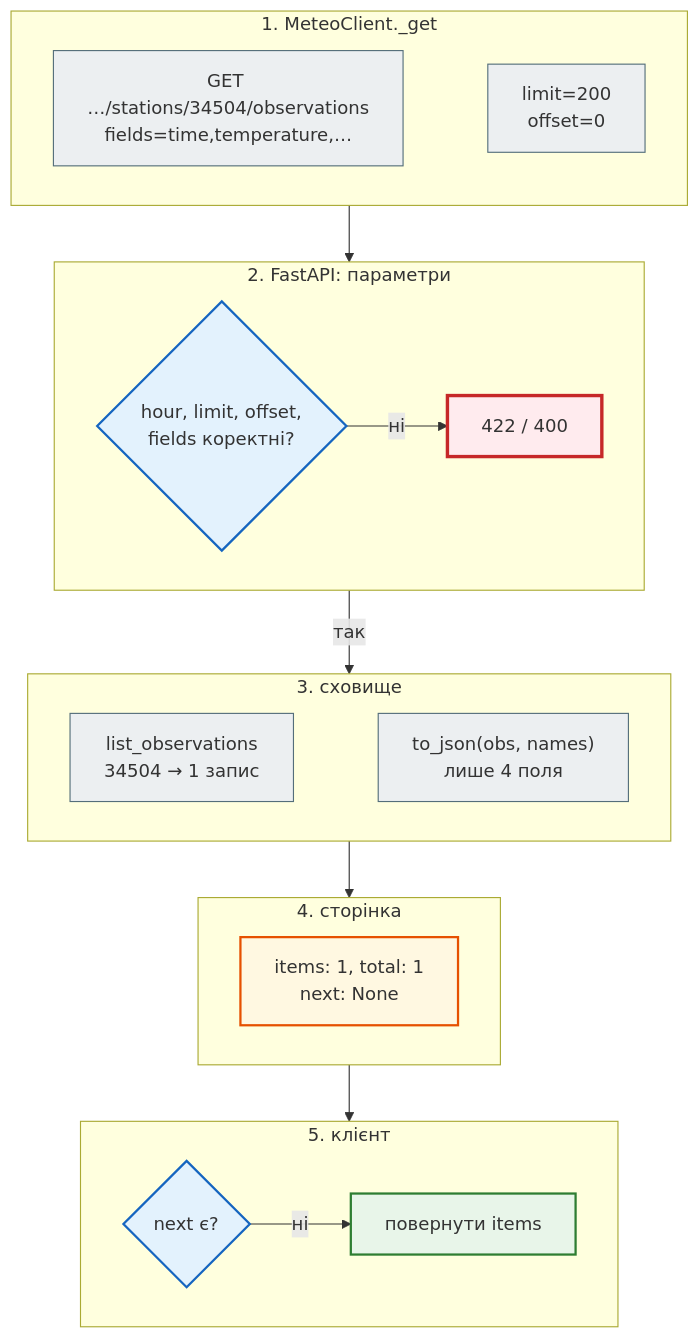
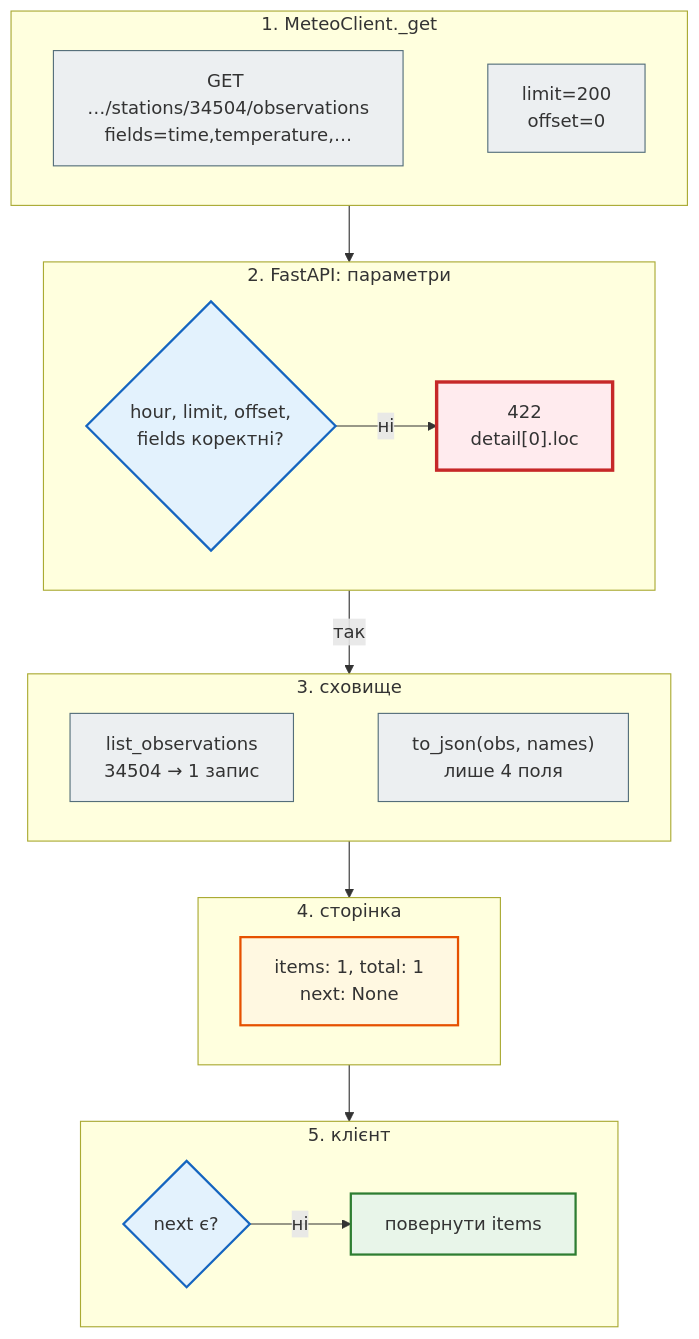
The third of 3 diagrams in docs/01_http_and_rest/meteo_architecture.md (NikoriakViktor/news_hub), drawn with Mermaid before and after one commit. The commit also changed other lines of this file and 27 other files, not shown here.

````diff
--- a/docs/01_http_and_rest/meteo_architecture.md
+++ b/docs/01_http_and_rest/meteo_architecture.md
@@ -154,41 +157,41 @@
 ```mermaid
 flowchart TD
     classDef step     fill:#eceff1,stroke:#546e7a,stroke-width:1px;
     classDef decision fill:#e3f2fd,stroke:#1565c0,stroke-width:2px;
     classDef success  fill:#e8f5e9,stroke:#2e7d32,stroke-width:2px;
     classDef error    fill:#ffebee,stroke:#c62828,stroke-width:3px;
     classDef warning  fill:#fff8e1,stroke:#e65100,stroke-width:2px;
 
     subgraph S1 ["1. MeteoClient._get"]
         direction LR
         Q1["GET …/stations/34504/observations<br>fields=time,temperature,…"] ~~~ Q2["limit=200<br>offset=0"]
     end
     subgraph S2 ["2. FastAPI: параметри"]
         direction LR
         V1{"hour, limit, offset,<br>fields коректні?"}
-        V1 -- "ні" --> E1["422 / 400"]
+        V1 -- "ні" --> E1["422<br>detail[0].loc"]
     end
     subgraph S3 ["3. сховище"]
         direction LR
         R1["list_observations<br>34504 → 1 запис"] ~~~ R2["to_json(obs, names)<br>лише 4 поля"]
     end
     subgraph S4 ["4. сторінка"]
         direction LR
         P1["items: 1, total: 1<br>next: None"]
     end
     subgraph S5 ["5. клієнт"]
         direction LR
         L1{"next є?"}
         L1 -- "ні" --> D1["повернути items"]
     end
     S1 --> S2
     V1 -- "так" --> S3
     S3 --> S4 --> S5
 
     class Q1,Q2 step
     class V1,L1 decision
     class E1 error
     class R1,R2 step
     class P1 warning
     class D1 success
 ```
````
